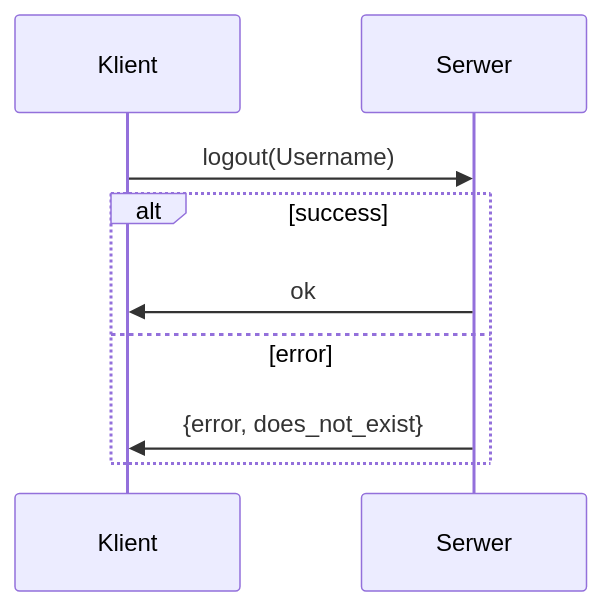
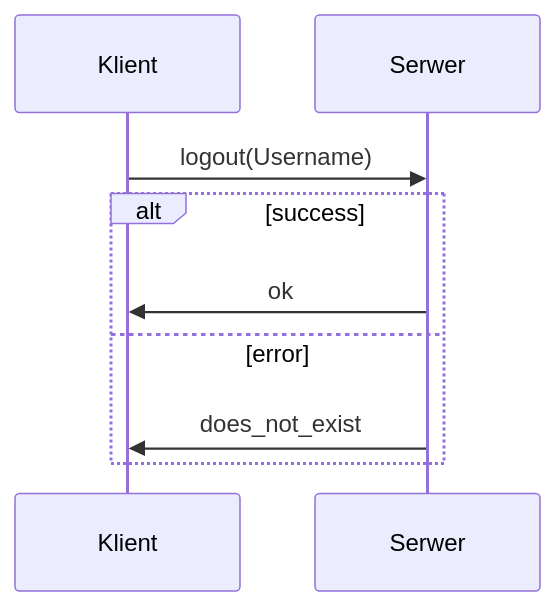
Before and after one commit to ZbiStr/communicator: the second of 6 diagrams in doc/protocol.md, drawn with Mermaid. The commit also changed other lines of this file, not shown here.

````diff
--- a/doc/protocol.md
+++ b/doc/protocol.md
@@ -28,9 +32,9 @@
 ```mermaid
 sequenceDiagram
 Klient ->> Serwer: logout(Username)
 alt success
 Serwer ->> Klient: ok
 else error
-Serwer ->> Klient: {error, does_not_exist}
+Serwer ->> Klient: does_not_exist
 end
 ```
````
